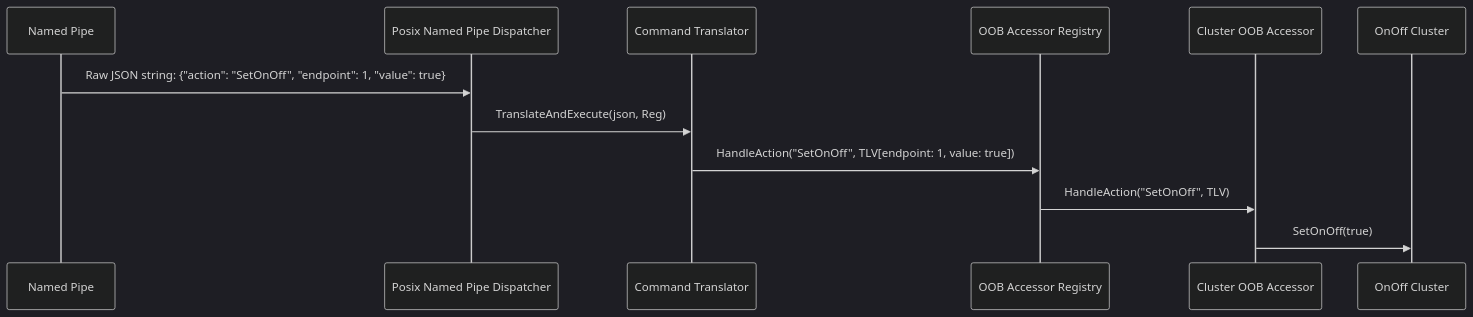
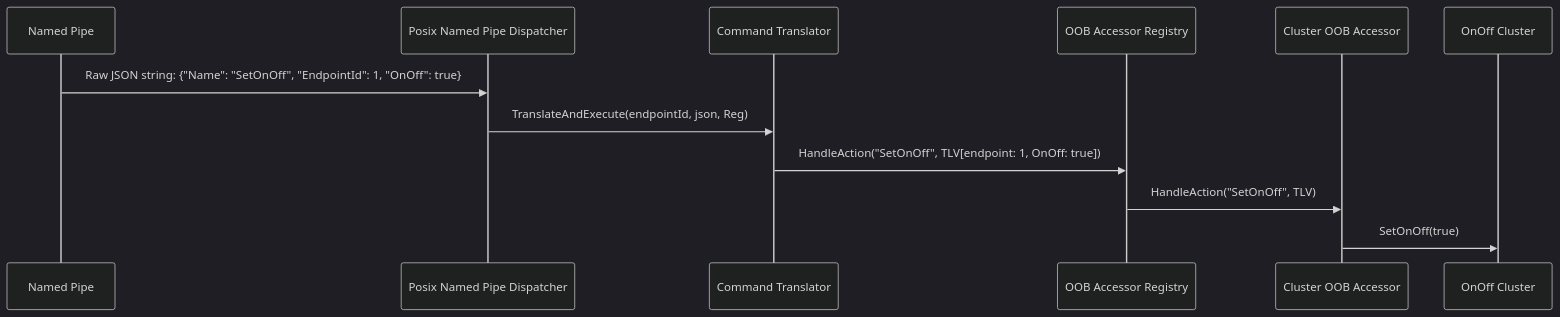
The second of 2 diagrams in examples/all-devices-app/docs/design/out_of_band_control.md (project-chip/connectedhomeip), drawn with Mermaid (dark theme) before and after one commit. The commit also changed other lines of this file and 15 other files, not shown here.

````diff
--- a/examples/all-devices-app/docs/design/out_of_band_control.md
+++ b/examples/all-devices-app/docs/design/out_of_band_control.md
@@ -347,15 +346,15 @@
 ```mermaid
 sequenceDiagram
     participant Pipe as Named Pipe
     participant Disp as Posix Named Pipe Dispatcher
     participant Trans as Command Translator
     participant Reg as OOB Accessor Registry
     participant Accessor as Cluster OOB Accessor
     participant Cluster as OnOff Cluster
 
-    Pipe->>Disp: Raw JSON string: {"action": "SetOnOff", "endpoint": 1, "value": true}
-    Disp->>Trans: TranslateAndExecute(json, Reg)
-    Trans->>Reg: HandleAction("SetOnOff", TLV[endpoint: 1, value: true])
+    Pipe->>Disp: Raw JSON string: {"Name": "SetOnOff", "EndpointId": 1, "OnOff": true}
+    Disp->>Trans: TranslateAndExecute(endpointId, json, Reg)
+    Trans->>Reg: HandleAction("SetOnOff", TLV[endpoint: 1, OnOff: true])
     Reg->>Accessor: HandleAction("SetOnOff", TLV)
     Accessor->>Cluster: SetOnOff(true)
 ```
````
